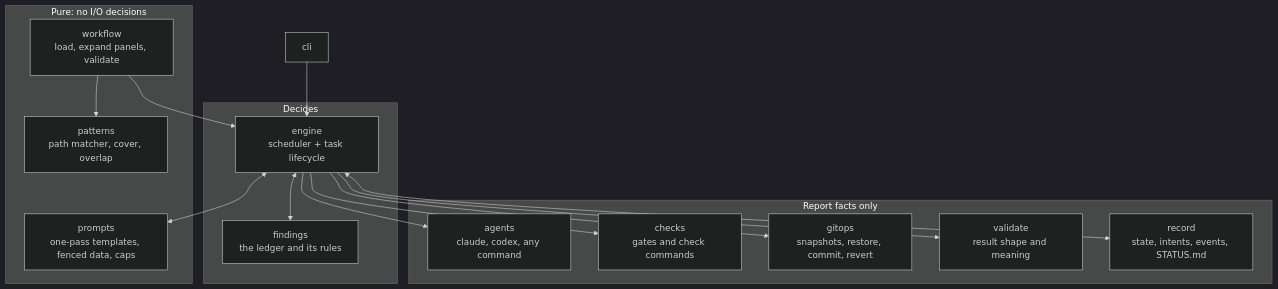
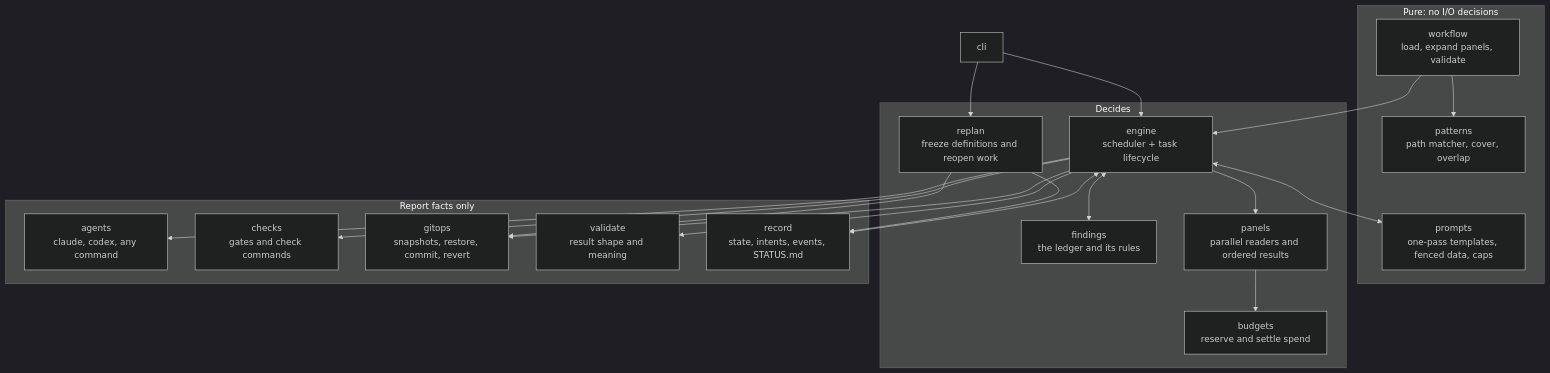
Before and after one commit to miavenet/mv-aipp101-starter: the first of 5 diagrams in task_runner/docs/tutorial/05-architecture.md, drawn with Mermaid (dark theme). The commit also changed other lines of this file and 11 other files, not shown here.

````diff
--- a/task_runner/docs/tutorial/05-architecture.md
+++ b/task_runner/docs/tutorial/05-architecture.md
@@ -10,29 +10,37 @@
 ```mermaid
 flowchart TB
     subgraph pure["Pure: no I/O decisions"]
         PAT["patterns<br/>path matcher, cover, overlap"]
         WF["workflow<br/>load, expand panels, validate"]
         PR["prompts<br/>one-pass templates, fenced data, caps"]
     end
     subgraph decide["Decides"]
         ENG["engine<br/>scheduler + task lifecycle"]
         FND["findings<br/>the ledger and its rules"]
+        PANEL["panels<br/>parallel readers and ordered results"]
+        BUD["budgets<br/>reserve and settle spend"]
+        RP["replan<br/>freeze definitions and reopen work"]
     end
     subgraph facts["Report facts only"]
         AG["agents<br/>claude, codex, any command"]
         CH["checks<br/>gates and check commands"]
         GIT["gitops<br/>snapshots, restore, commit, revert"]
         VAL["validate<br/>result shape and meaning"]
         REC["record<br/>state, intents, events, STATUS.md"]
     end
     CLI["cli"] --> ENG
+    CLI --> RP
+    ENG --> PANEL
+    PANEL --> BUD
+    RP --> GIT
+    RP --> REC
     WF --> PAT
     WF --> ENG
     ENG <--> PR
     ENG <--> FND
     ENG --> AG
     ENG --> CH
     ENG --> GIT
     ENG --> VAL
     ENG <--> REC
 ```
````
